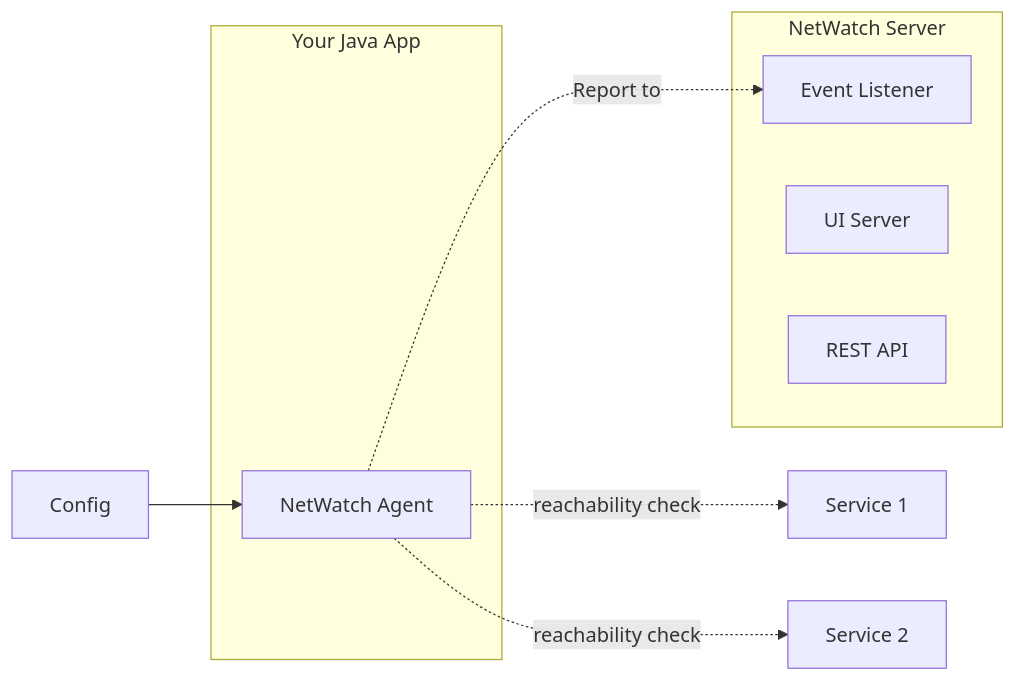
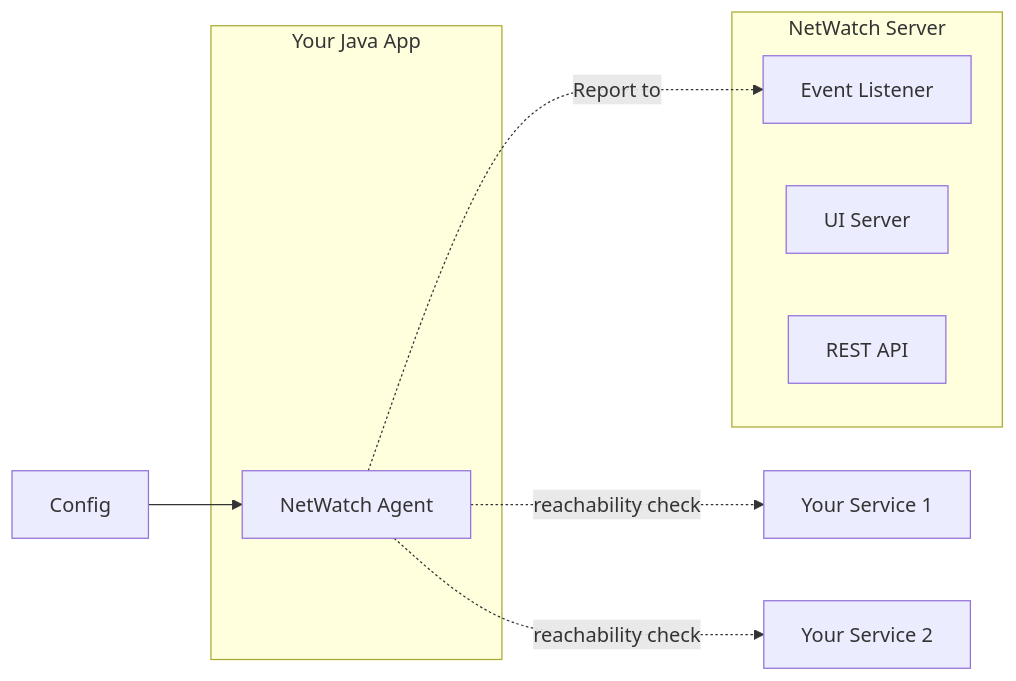
Before and after one commit to NetGaze/NetGaze: the diagram in README.md, drawn with Mermaid.

````diff
--- a/README.md
+++ b/README.md
@@ -14,21 +14,21 @@
 ```mermaid
 flowchart LR
     cfg["Config"]
     lib["NetWatch Agent"]
-    svc1["Service 1"]
-    svc2["Service 2"]
+    svc1["Your Service 1"]
+    svc2["Your Service 2"]
     lib -. reachability check .-> svc1
     lib -. reachability check .-> svc2
     lib -. Report to .-> listener
 
     subgraph app["Your Java App"]
         lib
     end
     subgraph server["NetWatch Server"]
         ui["UI Server"]
         rest["REST API"]
         listener["Event Listener"]
     end
 
     cfg --> lib
 ```
````
